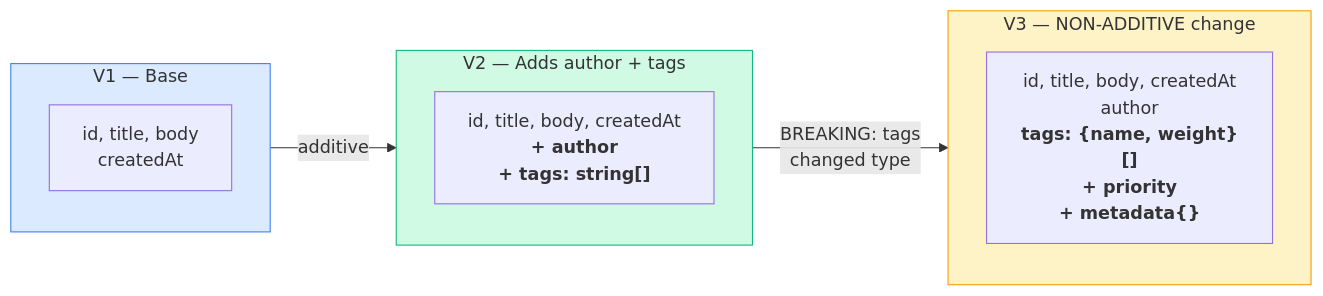
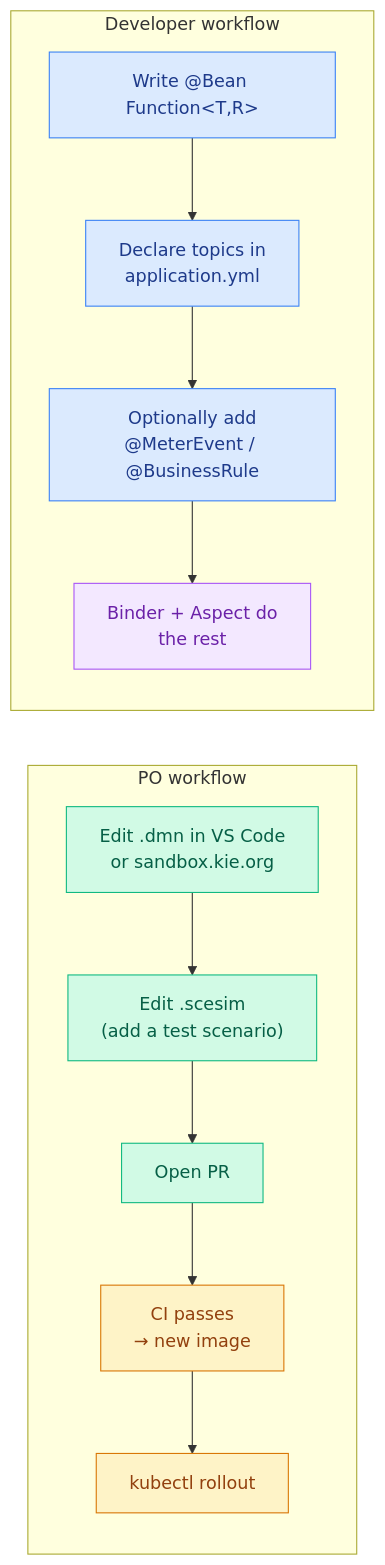
One commit to righteouslabs/experiments-kubernetes changed the second of 3 diagrams in README.md. Above: the diagram before and after it, drawn with Mermaid. The commit also changed other lines of this file and 30 other files, not shown here.

First line of the commit message:
Add low-code enrichment stage with Spring Cloud Function

````diff
--- a/README.md
+++ b/README.md
@@ -135,21 +113,26 @@
 ```mermaid
-graph LR
-    subgraph V1["V1 — Base"]
-        F1["id, title, body<br/>createdAt"]
+flowchart LR
+    subgraph PO["PO workflow"]
+        direction TB
+        PO1["Edit .dmn in VS Code<br/>or sandbox.kie.org"]:::po
+        PO2["Edit .scesim<br/>(add a test scenario)"]:::po
+        PO3["Open PR"]:::po
+        PO4["CI passes<br/>→ new image"]:::ops
+        PO5["kubectl rollout"]:::ops
+        PO1 --> PO2 --> PO3 --> PO4 --> PO5
     end
 
-    subgraph V2["V2 — Adds author + tags"]
-        F2["id, title, body, createdAt<br/><b>+ author</b><br/><b>+ tags: string[]</b>"]
+    subgraph Dev["Developer workflow"]
+        direction TB
+        D1["Write @Bean Function&lt;T,R&gt;"]:::dev
+        D2["Declare topics in<br/>application.yml"]:::dev
+        D3["Optionally add<br/>@MeterEvent / @BusinessRule"]:::dev
+        D4["Binder + Aspect do<br/>the rest"]:::framework
+        D1 --> D2 --> D3 --> D4
     end
 
-    subgraph V3["V3 — NON-ADDITIVE change"]
-        F3["id, title, body, createdAt<br/>author<br/><b>tags: {name, weight}[]</b><br/><b>+ priority</b><br/><b>+ metadata{}</b>"]
-    end
-
-    V1 -- "additive" --> V2
-    V2 -- "BREAKING: tags<br/>changed type" --> V3
-
-    style V1 fill:#dbeafe,stroke:#3b82f6
-    style V2 fill:#d1fae5,stroke:#10b981
-    style V3 fill:#fef3c7,stroke:#f59e0b
+    classDef po fill:#d1fae5,stroke:#10b981,color:#065f46
+    classDef dev fill:#dbeafe,stroke:#3b82f6,color:#1e3a8a
+    classDef ops fill:#fef3c7,stroke:#d97706,color:#92400e
+    classDef framework fill:#f3e8ff,stroke:#a855f7,color:#6b21a8
 ```
````
